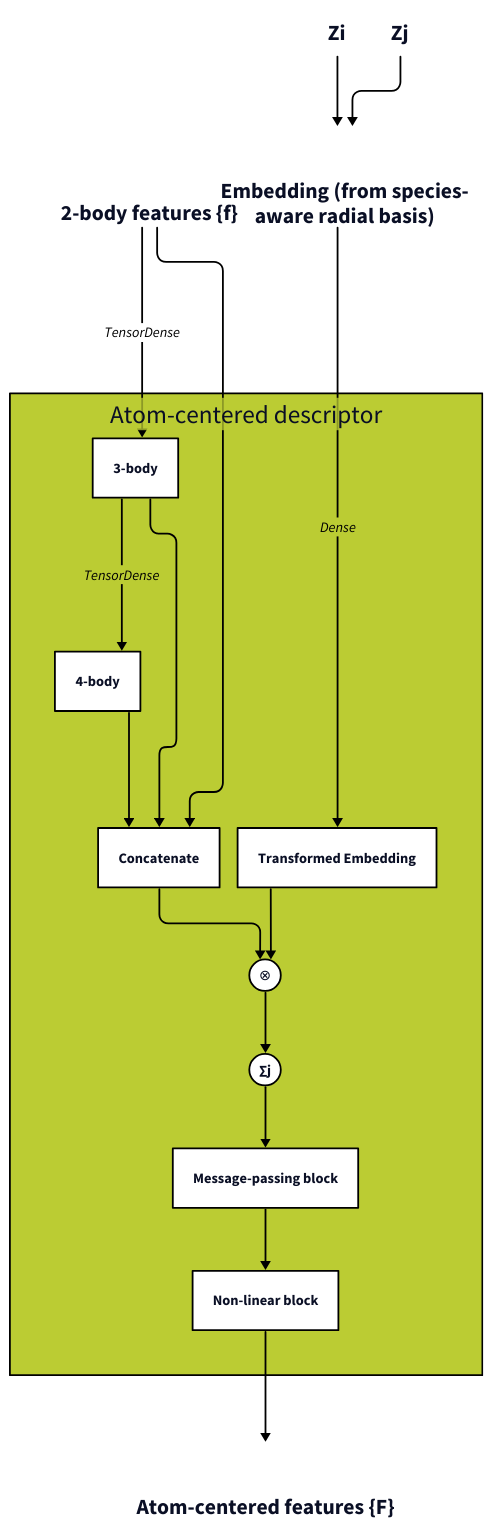
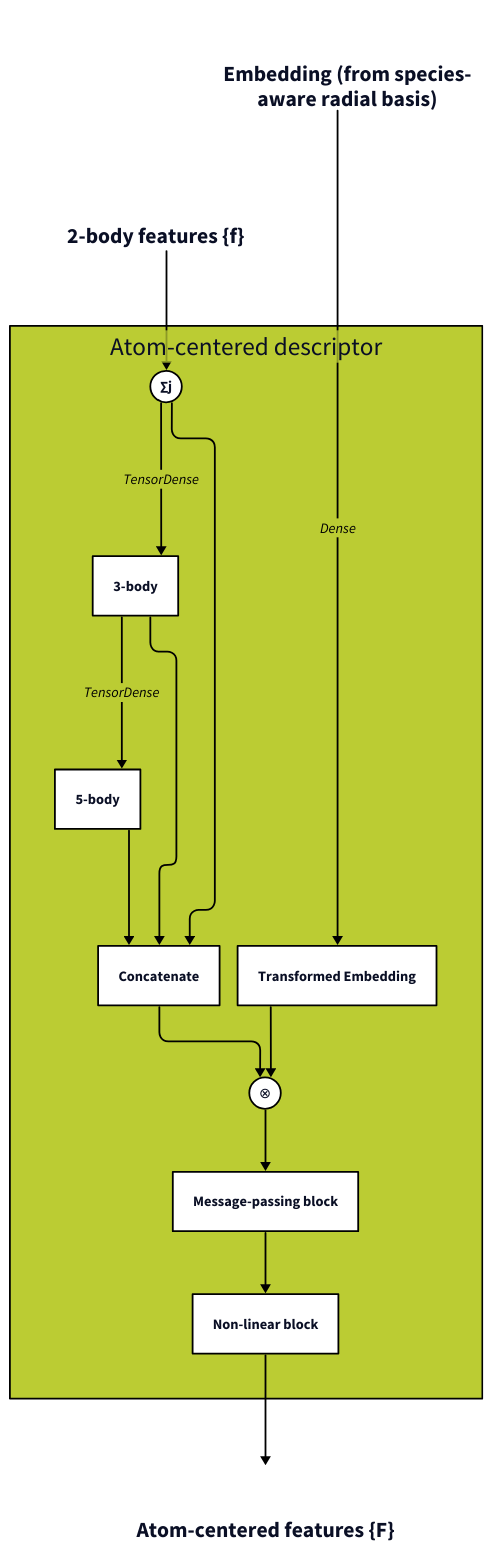
Before and after one commit to SamsungDS/gears_h: the diagram in architecture_figures/2a_ac.d2, drawn with D2.

Commit message:
Update atom-centered architecture figure for fixed many-body descritor.

```diff
--- a/architecture_figures/2a_ac.d2
+++ b/architecture_figures/2a_ac.d2
@@ -1,135 +1,139 @@
-zi: Zi {class: empty}
-zj: Zj {class: empty}
+# direction: right
+
+# zi: Zi {class: empty}
+# zj: Zj {class: empty}
 sarb_emb: Embedding (from species-\naware radial basis) {class: empty;label.near: top-center}
 f: "2-body features \{f\}" {class: empty;}#label.near: outside-top-center}
 acf: "Atom-centered features \{F\}" {class: empty; label.near: outside-top-center}
 
 ac: Atom-centered descriptor {
     class: ac
+    sum_j: ∑j {class: operator}
+    sum_j -> 3b: TensorDense {style: {stroke: "#000000"; font-color: black}}
     3b: 3-body {class: in_module}
-    4b: 4-body {class: in_module}
-    3b -> 4b: TensorDense {style: {stroke: "#000000"; font-color: black}}
+    5b: 5-body {class: in_module}
+    3b -> 5b: TensorDense {style: {stroke: "#000000"; font-color: black}}
     c: Concatenate  {class: in_module}
+    sum_j  -> c: {style: {stroke: "#000000"; font-color: black}}
     3b -> c: {style: {stroke: "#000000"; font-color: black}}
-    4b -> c: {style: {stroke: "#000000"; font-color: black}}
+    5b -> c: {style: {stroke: "#000000"; font-color: black}}
     transformed_embedding: Transformed Embedding {class: in_module}
     p1: ⊗ {class: operator}
     c -> p1: {style: {stroke: "#000000"; font-color: black}}
     transformed_embedding -> p1: {style: {stroke: "#000000"; font-color: black}}
-    sum_j: ∑j {class: operator}
-    p1 -> sum_j: {style: {stroke: "#000000"; font-color: black}}
+    # p1 -> sum_j: {style: {stroke: "#000000"; font-color: black}}
     mp_block:  Message-passing block {
         class: in_module
         # direction: right
         # sa: Self-attention {class: in_module}
         # mpln: Layer norm{class: in_module}
         # sa -> mpln: {style: {stroke: "#000000"; font-color: black}}
         # mpln -> sa: x number of message-passing steps {style: {stroke: "#000000"; font-color: black}}
     }
     # sum_j -> mp_block.sa: {style: {stroke: "#000000"; font-color: black}}
-    sum_j -> mp_block: {style: {stroke: "#000000"; font-color: black}}
+    p1 -> mp_block: {style: {stroke: "#000000"; font-color: black}}
     nl_block: Non-linear block {
         class: in_module
         # nld1: Dense {class: in_module}
         # nld2: Dense {class: in_module}
         # nlln: Layer Norm {class: in_module}
         # nlma: Mish Activation {class: in_module}
         # nld1 -> nlln -> nlma -> nld2: {style: {stroke: "#000000"; font-color: black}}
         # nlrescon: ⊕ {class: operator}
         # nld2 -> nlrescon: {style: {stroke: "#000000"; font-color: black}}
     }
     mp_block -> nl_block: {style: {stroke: "#000000"; font-color: black}}
     # transformed_embedding -> nl_block: Residual connection {style: {stroke: "#000000"; font-color: black}}
     # mp_block.mpln -> nl_block.nld1: {style: {stroke: "#000000"; font-color: black}}
     # transformed_embedding -> nl_block.nlrescon: Residual connection {style: {stroke: "#000000"; font-color: black}}
 }
 
-zi -> sarb_emb: {style: {stroke: "#000000"; font-color: black}}
-zj -> sarb_emb: {style: {stroke: "#000000"; font-color: black}}
-f -> ac.3b: TensorDense {style: {stroke: "#000000"; font-color: black}}
-f -> ac.c: {style: {stroke: "#000000"; font-color: black}}
+# zi -> sarb_emb: {style: {stroke: "#000000"; font-color: black}}
+# zj -> sarb_emb: {style: {stroke: "#000000"; font-color: black}}
+f -> ac.sum_j: {style: {stroke: "#000000"; font-color: black}} #ac.3b: TensorDense {style: {stroke: "#000000"; font-color: black}}
+# f -> ac.c: {style: {stroke: "#000000"; font-color: black}}
 sarb_emb -> ac.transformed_embedding: Dense {style: {stroke: "#000000"; font-color: black}}
 # ac.nl_block.nlrescon -> acf: {style: {stroke: "#000000"; font-color: black}}
 ac.nl_block -> acf: {style: {stroke: "#000000"; font-color: black}}
 
 classes: {
     operator: {shape: circle
                width: 35
                height: 35
                style: {fill: "#FFFFFF"
                        stroke: "#000000"
                     #    font: mono
                       }
     }
     empty: {
             # label: ""
             width: 50
             height: 50
             style: {
                 fill: transparent
                 stroke: transparent
                 font-size: 24
             }
     }
     sarb: {
         style: {
             fill: "#44BB99"
             stroke: "#000000"
         }
     }
     in_module: {
         style: {
             fill: "#FFFFFF"
             stroke: "#000000"
             # opacity: 0.5
         }
     }
     ac: {
         style: {
             fill: "#BBCC33"
             stroke: "#000000"
         }
     }
     bc: {
         style: {
             fill: "#EEDD88"
             stroke: "#000000"
         }
     }
     rd: {
         style: {
             fill: "#EE8866"
             stroke: "#000000"
         }
     }
     ro: {
         style: {
             fill: "#FFAABB"
             stroke: "#000000"
         }
     }
     outs: {
         style: {
             fill: "#DDDDDD"
             stroke: "#000000"
             multiple: true
         }
     }
     input : {
         # label: ""
         width: 50
         height: 50
         style: {
             fill: "#99DDFF"
             stroke: "#000000"
             multiple: true
         }
     }
 }
 
 vars: {
     d2-config: {
       layout-engine: elk
     #   theme-id: 101
     }
 }
```
